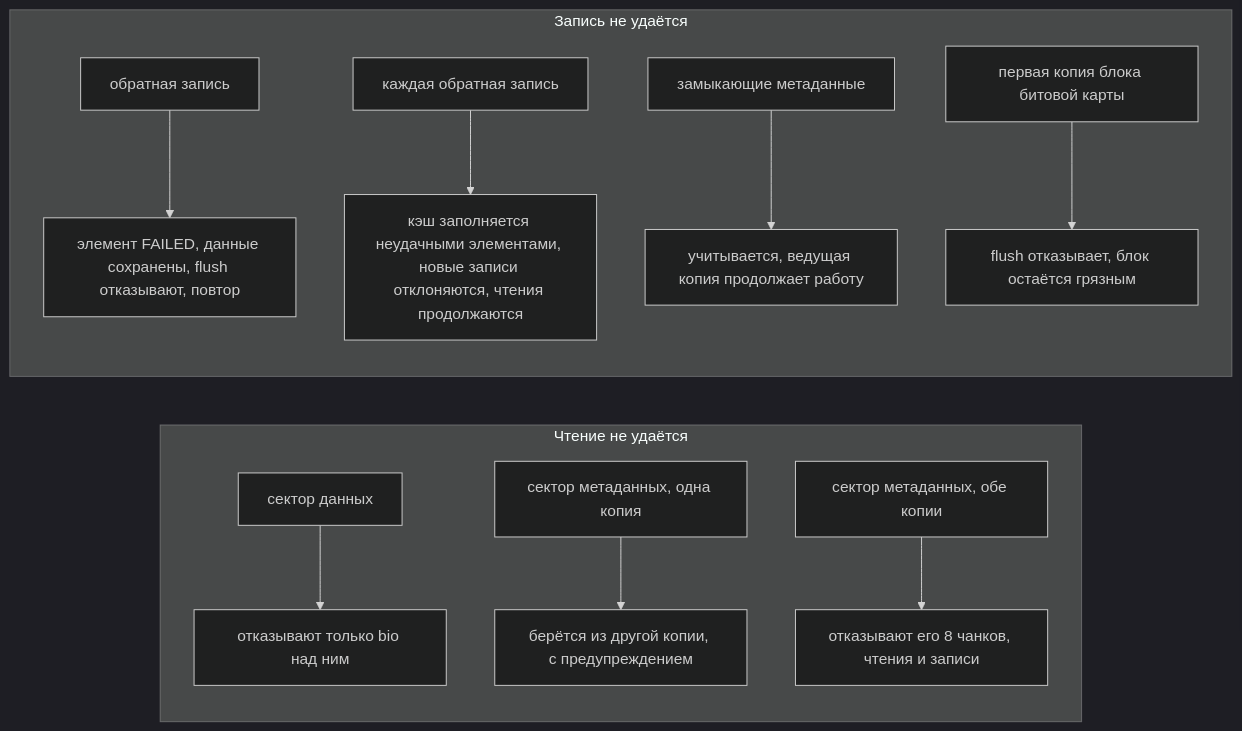
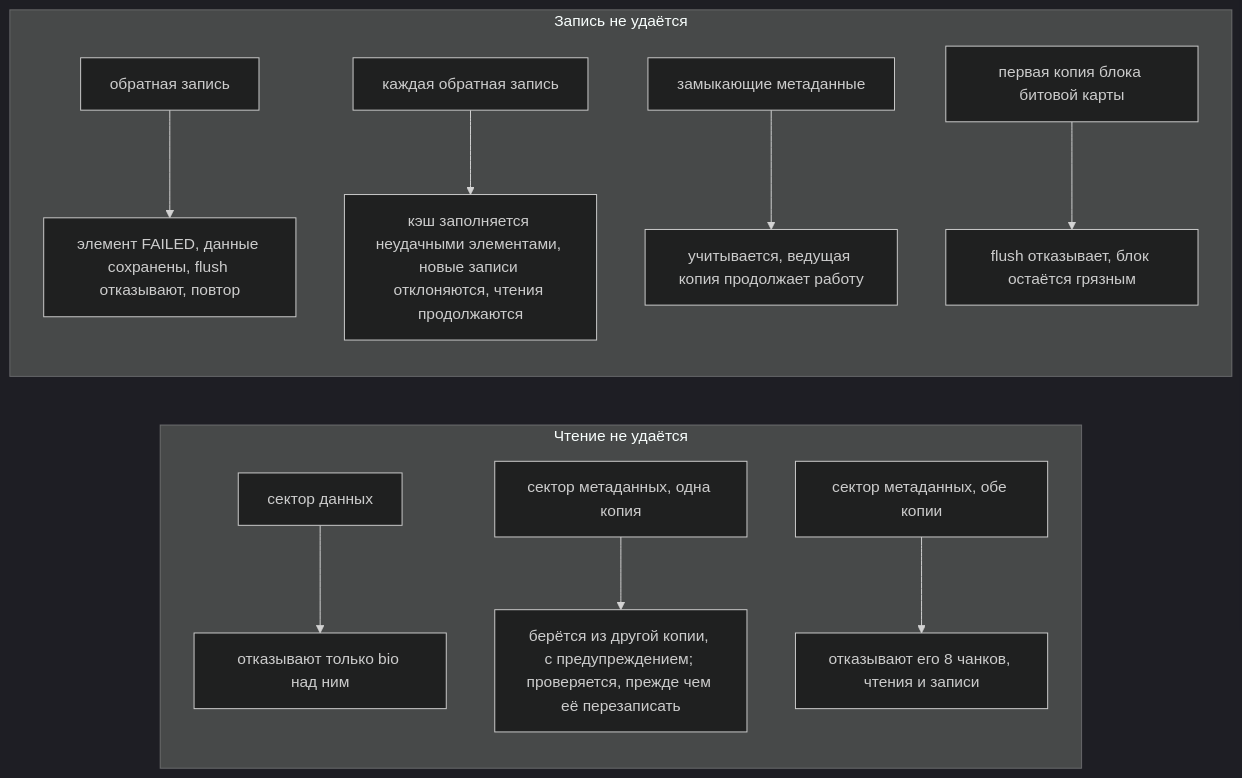
One commit to Dx-by-Dy/Automatic-Error-Correction-Driver changed diagram 14 of 20 in docs/ru/DIAGRAMS.md. Above: the diagram before and after it, drawn with Mermaid (dark theme). The commit also changed other lines of this file and 16 other files, not shown here.

````diff
--- a/docs/ru/DIAGRAMS.md
+++ b/docs/ru/DIAGRAMS.md
@@ -388,14 +389,14 @@
 ```mermaid
 flowchart LR
     subgraph reads["Чтение не удаётся"]
         rd["сектор данных"] --> rdo["отказывают только bio над ним"]
-        rm1["сектор метаданных, одна копия"] --> rm1o["берётся из другой копии, с предупреждением"]
+        rm1["сектор метаданных, одна копия"] --> rm1o["берётся из другой копии, с предупреждением; проверяется, прежде чем её перезаписать"]
         rm2["сектор метаданных, обе копии"] --> rm2o["отказывают его 8 чанков, чтения и записи"]
     end
     subgraph writes["Запись не удаётся"]
         wd["обратная запись"] --> wdo["элемент FAILED, данные сохранены, flush отказывают, повтор"]
         wf["каждая обратная запись"] --> wfo["кэш заполняется неудачными элементами, новые записи отклоняются, чтения продолжаются"]
         wt["замыкающие метаданные"] --> wto["учитывается, ведущая копия продолжает работу"]
         wb["первая копия блока битовой карты"] --> wbo["flush отказывает, блок остаётся грязным"]
     end
 ```
````
